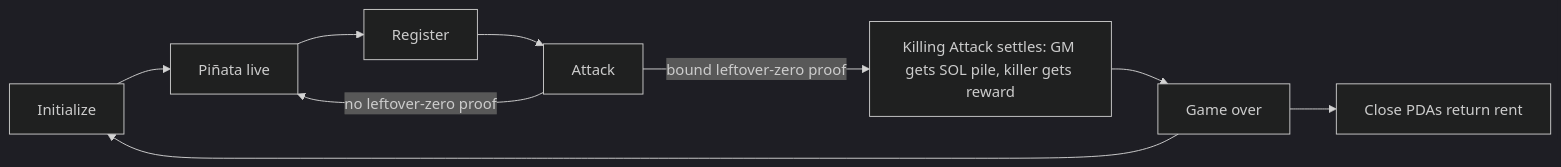
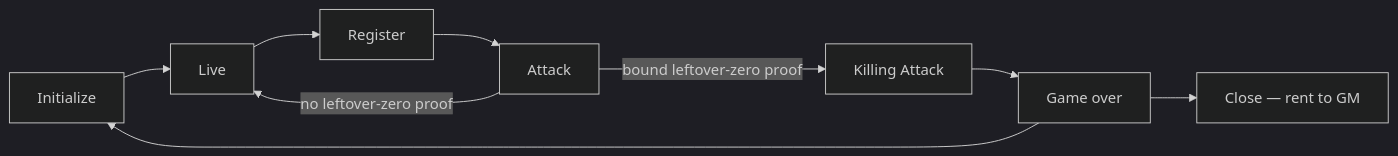
One commit to kilogold/confidential-pinata changed the first of 2 diagrams in docs/game.md. Above: the diagram before and after it, drawn with Mermaid (dark theme). The commit also changed other lines of this file and 7 other files, not shown here.

````diff
--- a/docs/game.md
+++ b/docs/game.md
@@ -24,11 +7,11 @@
 ```mermaid
 flowchart LR
-  init[Initialize] --> live[Piñata live]
+  init[Initialize] --> live[Live]
   live --> register[Register]
   register --> attack[Attack]
   attack -->|"no leftover-zero proof"| live
-  attack -->|"bound leftover-zero proof"| settle["Killing Attack settles: GM gets SOL pile, killer gets reward"]
+  attack -->|"bound leftover-zero proof"| settle[Killing Attack]
   settle --> over[Game over]
-  over --> close[Close PDAs return rent]
+  over --> close[Close — rent to GM]
   over --> init
 ```
````
